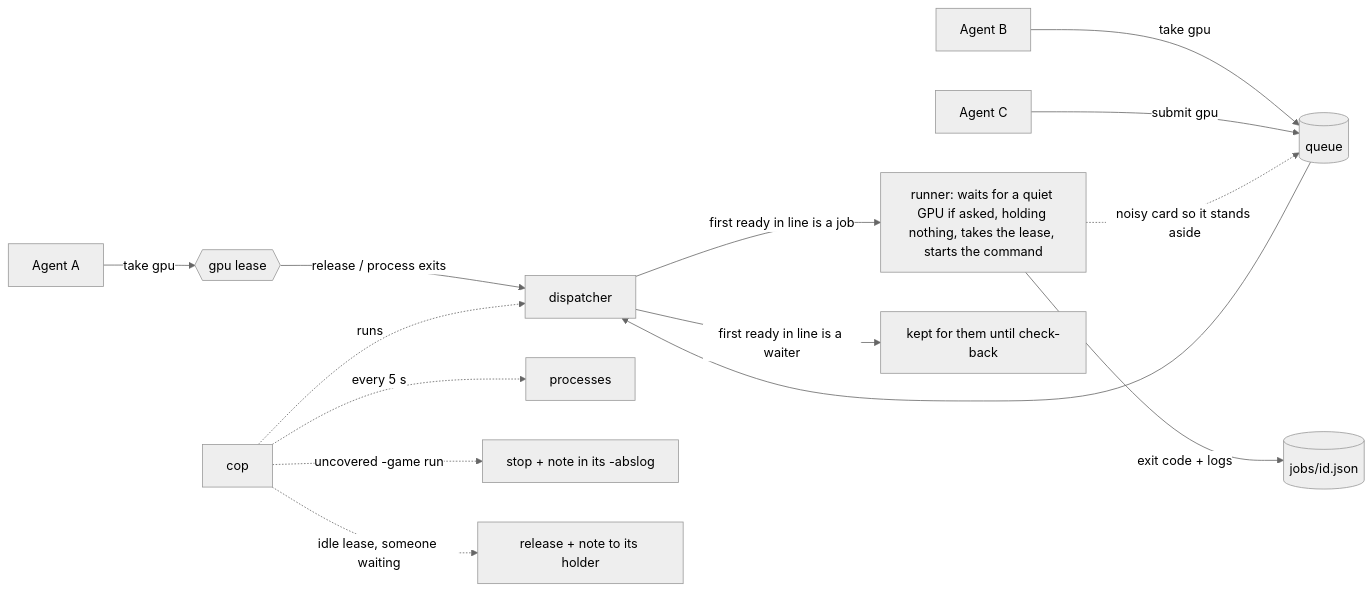
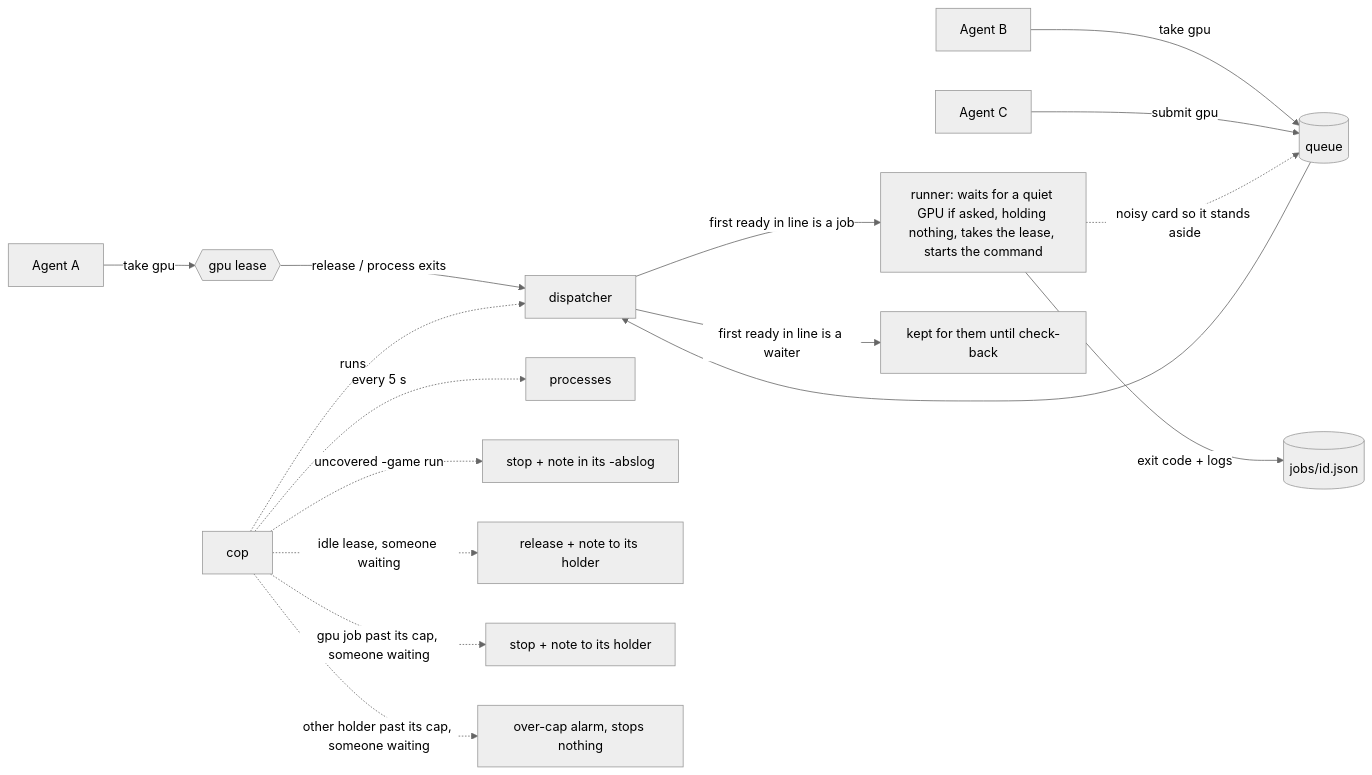
The diagram in README.md (knoxy4/thor-traffic), drawn with Mermaid (neutral theme) before and after one commit. The commit also changed other lines of this file and 5 other files, not shown here.

First line of the commit message:
An overrun cap, an over-cap alarm, and a lane breaker that ships off

````diff
--- a/README.md
+++ b/README.md
@@ -68,16 +68,18 @@
 ```mermaid
 flowchart LR
     A1[Agent A] -- take gpu --> L{{gpu lease}}
     A2[Agent B] -- take gpu --> Q[(queue)]
     A3[Agent C] -- submit gpu --> Q
     L -- release / process exits --> D[dispatcher]
     Q --> D
     D -- first ready in line is a job --> R["runner: waits for a quiet GPU if asked, holding nothing, takes the lease, starts the command"]
     D -- first ready in line is a waiter --> K["kept for them until check-back"]
     R -. noisy card so it stands aside .-> Q
     R -- "exit code + logs" --> J[("jobs/id.json")]
     C[cop] -. every 5 s .-> P[processes]
     C -. uncovered -game run .-> X["stop + note in its -abslog"]
     C -. idle lease, someone waiting .-> F["release + note to its holder"]
+    C -. gpu job past its cap, someone waiting .-> Y["stop + note to its holder"]
+    C -. other holder past its cap, someone waiting .-> Z["over-cap alarm, stops nothing"]
     C -. runs .-> D
 ```
````
